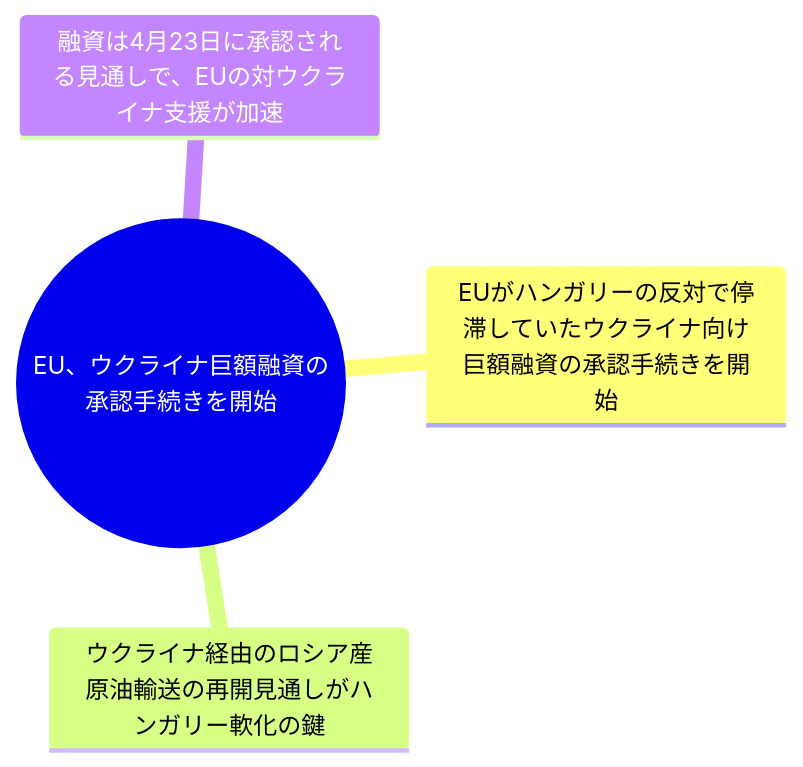
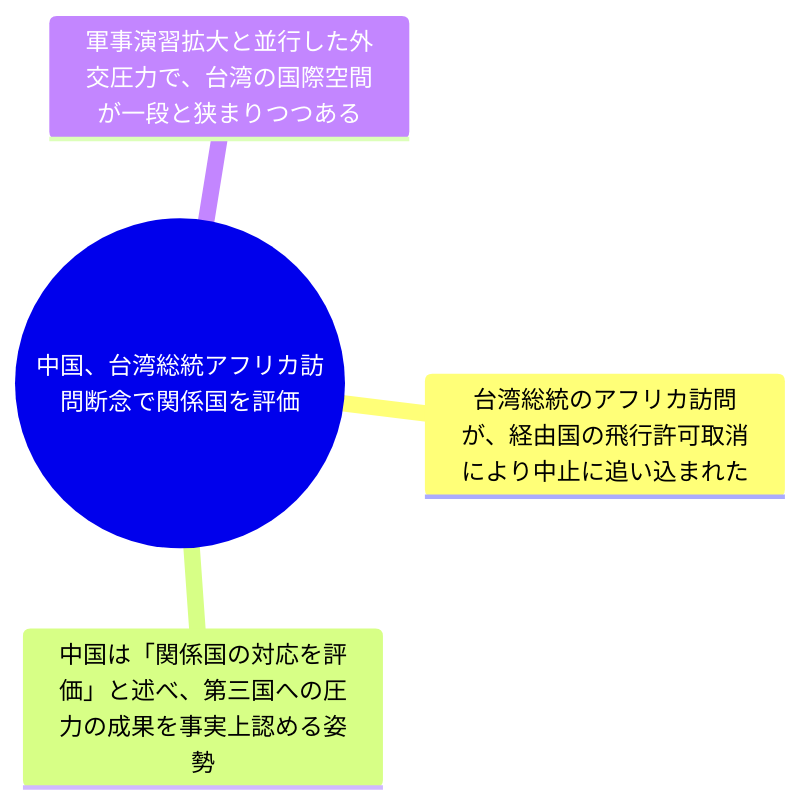
Before and after one commit to YUUUyutaro/tiseigaku: the tenth of 20 diagrams in docs/reports/2026-04-23.md, drawn with Mermaid. The commit also changed other lines of this file and 3 other files, not shown here.

````diff
--- a/docs/reports/2026-04-23.md
+++ b/docs/reports/2026-04-23.md
@@ -201,7 +188,7 @@
 ```mermaid
 mindmap
-  root((EU、ウクライナ巨額融資の承認手続きを開始))
-    EUがハンガリーの反対で停滞していたウクライナ向け巨額融資の承認手続きを開始
-    ウクライナ経由のロシア産原油輸送の再開見通しがハンガリー軟化の鍵
-    融資は4月23日に承認される見通しで、EUの対ウクライナ支援が加速
+  root((中国、台湾総統アフリカ訪問断念で関係国を評価))
+    台湾総統のアフリカ訪問が、経由国の飛行許可取消により中止に追い込まれた
+    中国は「関係国の対応を評価」と述べ、第三国への圧力の成果を事実上認める姿勢
+    軍事演習拡大と並行した外交圧力で、台湾の国際空間が一段と狭まりつつある
 ```
````
